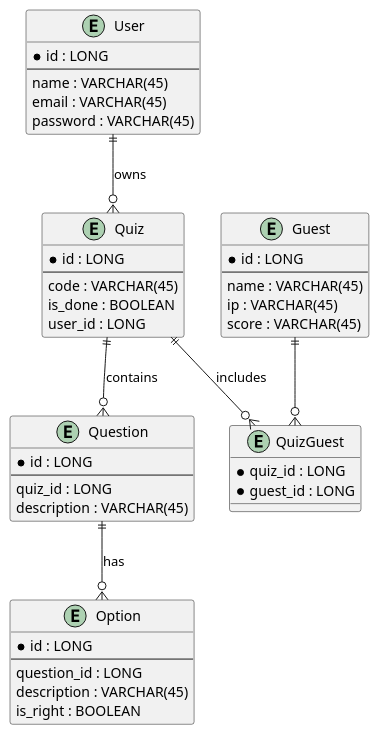
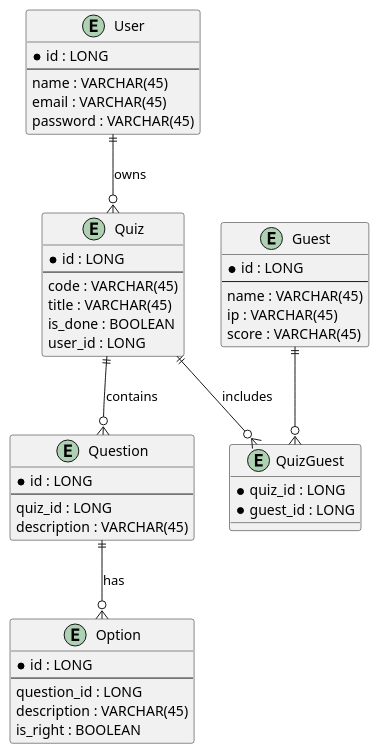
Before and after one commit to GuiOdes/ferramenta-quiz: the diagram in documentation/mer.puml, drawn with PlantUML. The commit also changed 13 other files, not shown here.

```diff
--- a/documentation/mer.puml
+++ b/documentation/mer.puml
@@ -1,51 +1,52 @@
 @startuml
 entity "User" as user {
   * id : LONG
   --
   name : VARCHAR(45)
   email : VARCHAR(45)
   password : VARCHAR(45)
 }
 
 entity "Quiz" as quiz {
   * id : LONG
   --
   code : VARCHAR(45)
+  title : VARCHAR(45)
   is_done : BOOLEAN
   user_id : LONG
 }
 
 entity "Question" as question {
   * id : LONG
   --
   quiz_id : LONG
   description : VARCHAR(45)
 }
 
 entity "Option" as option {
   * id : LONG
   --
   question_id : LONG
   description : VARCHAR(45)
   is_right : BOOLEAN
 }
 
 entity "Guest" as guest {
   * id : LONG
   --
   name : VARCHAR(45)
   ip : VARCHAR(45)
   score : VARCHAR(45)
 }
 
 entity "QuizGuest" as quiz_guest {
   * quiz_id : LONG
   * guest_id : LONG
 }
 
 user ||--o{ quiz : "owns"
 quiz ||--o{ question : "contains"
 question ||--o{ option : "has"
 quiz ||--o{ quiz_guest : "includes"
 guest ||--o{ quiz_guest : ""
 @enduml
```
